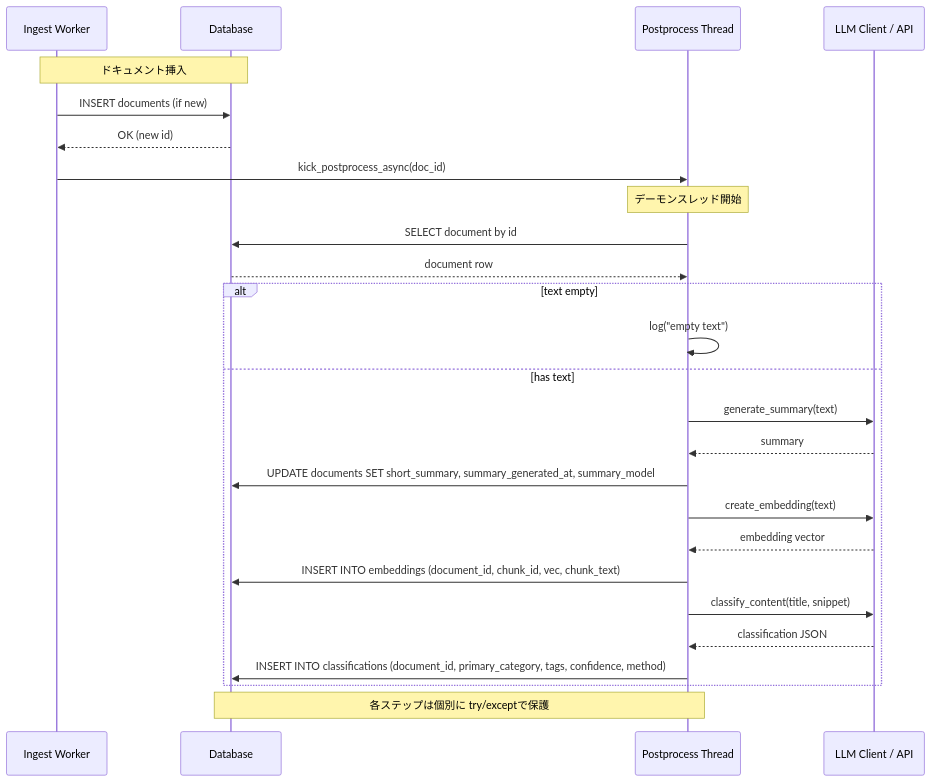
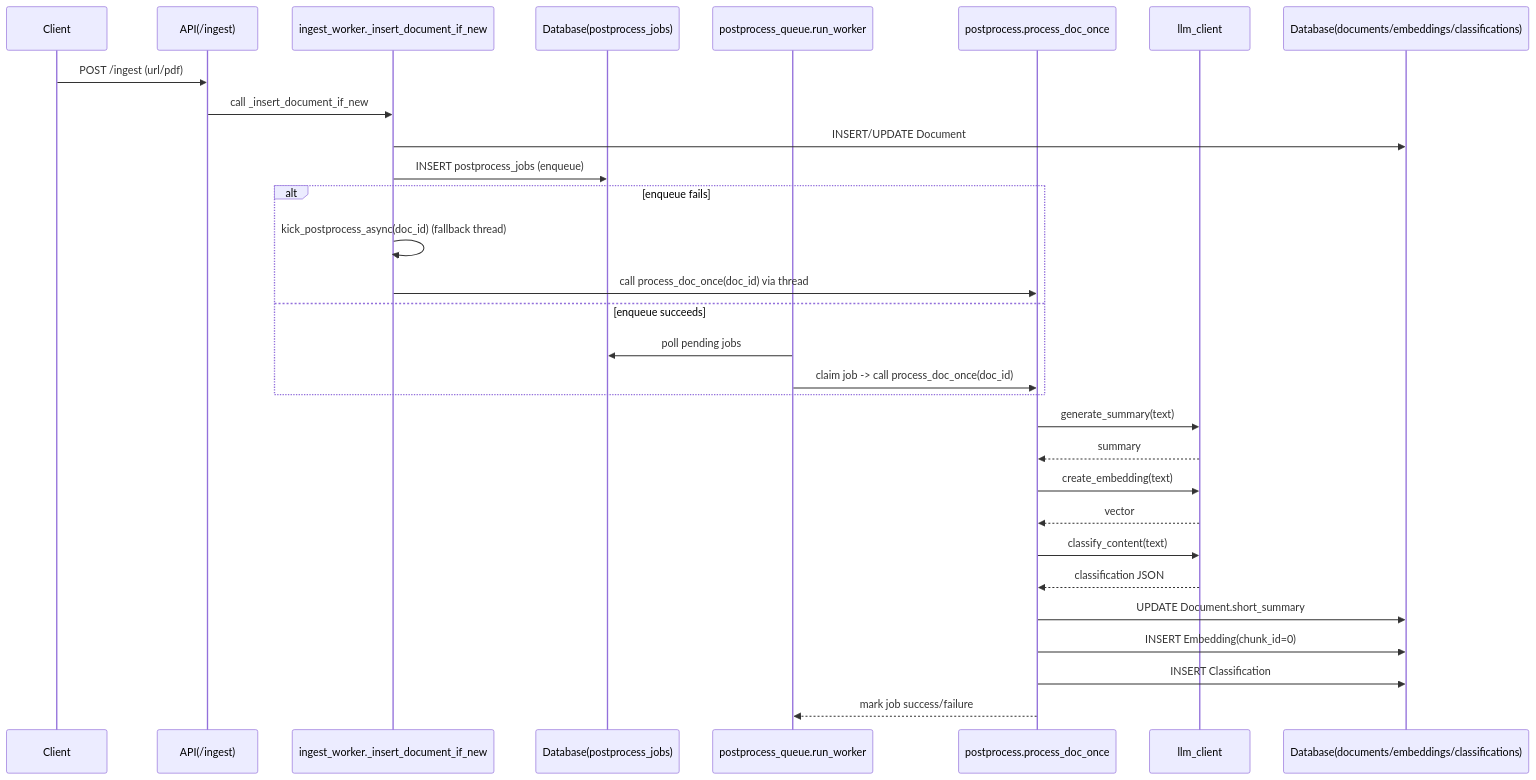
The diagram in docs/postprocessing.md (takpanda/scrap-board), drawn with Mermaid before and after one commit. The commit also changed other lines of this file and 2 other files, not shown here.

Commit message:
Add docker-compose worker service for postprocess_queue and docs

````diff
--- a/docs/postprocessing.md
+++ b/docs/postprocessing.md
@@ -227,34 +26,36 @@
 ```mermaid
 sequenceDiagram
-  participant Ingest as Ingest Worker
-  participant DB as Database
-  participant PP as Postprocess Thread
-  participant LLM as LLM Client / API
+	participant Client
+	participant API as API(/ingest)
+	participant Ingest as ingest_worker._insert_document_if_new
+	participant DB as Database(postprocess_jobs)
+	participant Queue as postprocess_queue.run_worker
+	participant Post as postprocess.process_doc_once
+	participant LLM as llm_client
+	participant Docs as Database(documents/embeddings/classifications)
 
-  Note over Ingest,DB: ドキュメント挿入
-  Ingest->>DB: INSERT documents (if new)
-  DB-->>Ingest: OK (new id)
-  Ingest->>PP: kick_postprocess_async(doc_id)
+	Client->>API: POST /ingest (url/pdf)
+	API->>Ingest: call _insert_document_if_new
+	Ingest->>Docs: INSERT/UPDATE Document
+	Ingest->>DB: INSERT postprocess_jobs (enqueue)
 
-  Note over PP: デーモンスレッド開始
-  PP->>DB: SELECT document by id
-  DB-->>PP: document row
+	alt enqueue fails
+		Ingest->>Ingest: kick_postprocess_async(doc_id) (fallback thread)
+		Ingest->>Post: call process_doc_once(doc_id) via thread
+	else enqueue succeeds
+		Queue->>DB: poll pending jobs
+		Queue->>Post: claim job -> call process_doc_once(doc_id)
+	end
 
-  alt text empty
-    PP->>PP: log("empty text")
-  else has text
-    PP->>LLM: generate_summary(text)
-    LLM-->>PP: summary
-    PP->>DB: UPDATE documents SET short_summary, summary_generated_at, summary_model
+	Post->>LLM: generate_summary(text)
+	LLM-->>Post: summary
+	Post->>LLM: create_embedding(text)
+	LLM-->>Post: vector
+	Post->>LLM: classify_content(text)
+	LLM-->>Post: classification JSON
 
-    PP->>LLM: create_embedding(text)
-    LLM-->>PP: embedding vector
-    PP->>DB: INSERT INTO embeddings (document_id, chunk_id, vec, chunk_text)
-
-    PP->>LLM: classify_content(title, snippet)
-    LLM-->>PP: classification JSON
-    PP->>DB: INSERT INTO classifications (document_id, primary_category, tags, confidence, method)
-  end
-
-  Note over PP,DB: 各ステップは個別に try/exceptで保護
+	Post->>Docs: UPDATE Document.short_summary
+	Post->>Docs: INSERT Embedding(chunk_id=0)
+	Post->>Docs: INSERT Classification
+	Post-->>Queue: mark job success/failure
 ```
````
